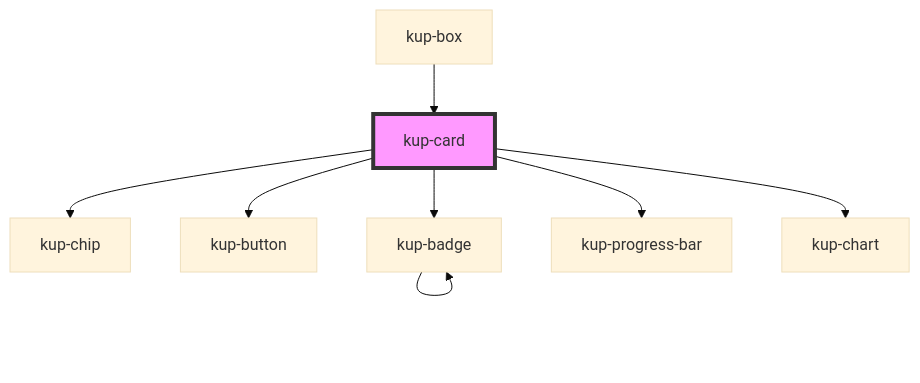
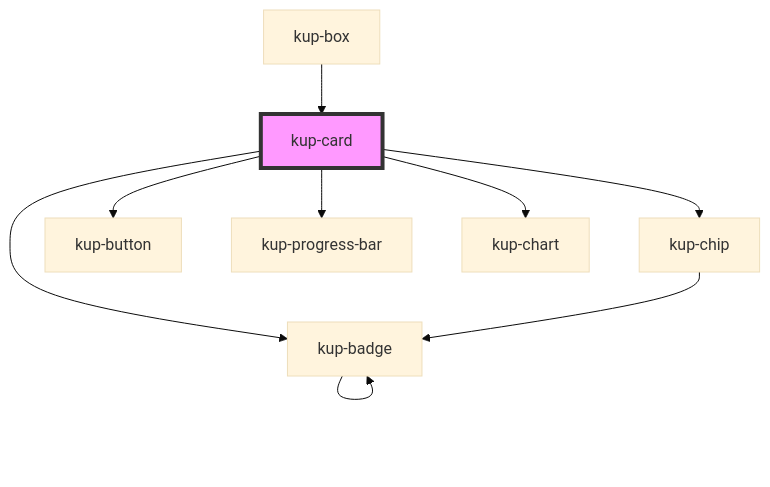
One commit to smeup/ketchup changed the diagram in packages/ketchup/src/components/kup-card/readme.md. Above: the diagram before and after it, drawn with Mermaid (base theme). The commit also changed 16 other files, not shown here.

````diff
--- a/packages/ketchup/src/components/kup-card/readme.md
+++ b/packages/ketchup/src/components/kup-card/readme.md
@@ -56,11 +56,12 @@
 ```mermaid
 graph TD;
   kup-card --> kup-chip
   kup-card --> kup-button
   kup-card --> kup-badge
   kup-card --> kup-progress-bar
   kup-card --> kup-chart
+  kup-chip --> kup-badge
   kup-badge --> kup-badge
   kup-box --> kup-card
   style kup-card fill:#f9f,stroke:#333,stroke-width:4px
 ```
````
